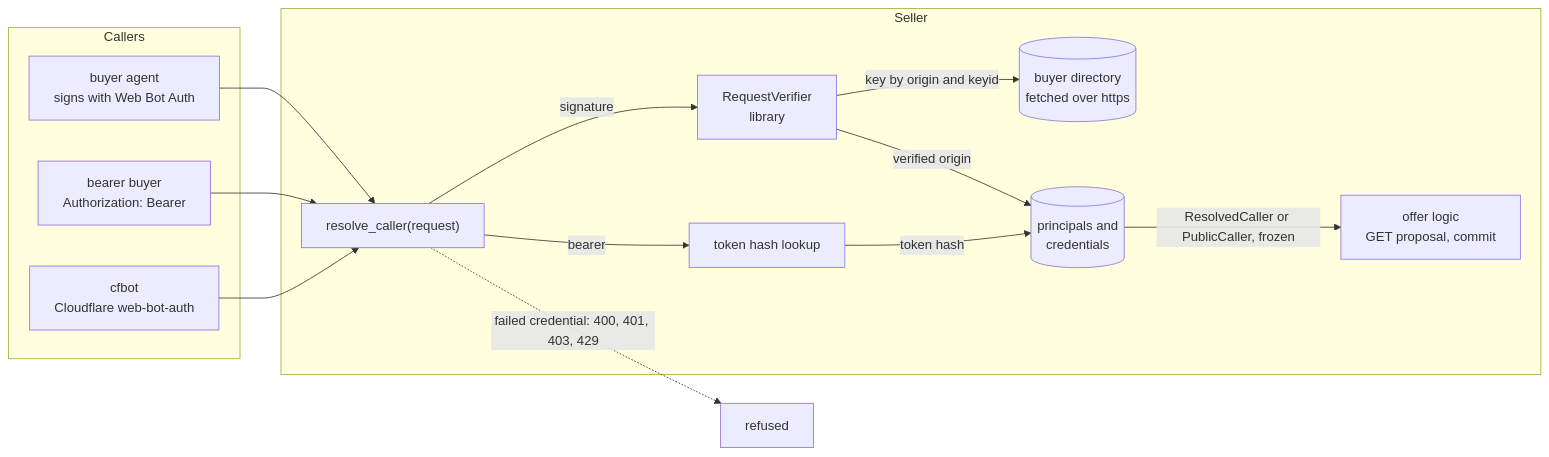
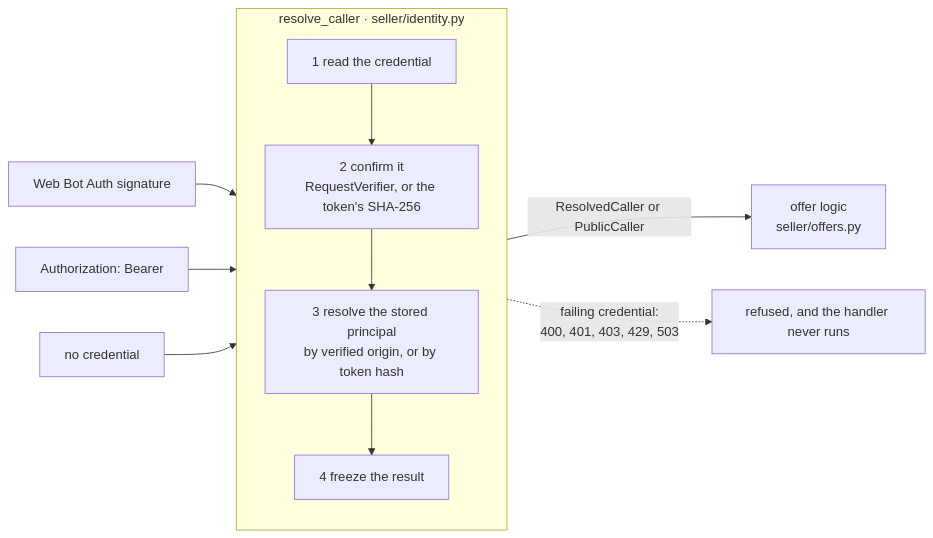
One commit to KonstantinMirin/openproposal-web-bot-auth changed the second of 7 diagrams in README.md. Above: the diagram before and after it, drawn with Mermaid. The commit also changed other lines of this file, not shown here.

First line of the commit message:
Rewrite the README around why, the identity boundary, interop, and one SDK on both sides

````diff
--- a/README.md
+++ b/README.md
@@ -33,26 +56,14 @@
 ```mermaid
 flowchart LR
-    subgraph callers[Callers]
-        B[buyer agent<br/>signs with Web Bot Auth]
-        T[bearer buyer<br/>Authorization: Bearer]
-        C[cfbot<br/>Cloudflare web-bot-auth]
+    W[Web Bot Auth signature] --> R
+    T[Authorization: Bearer] --> R
+    N[no credential] --> R
+    subgraph R["resolve_caller · seller/identity.py"]
+        direction TB
+        R1[1 read the credential] --> R2[2 confirm it<br/>RequestVerifier, or the token's SHA-256]
+        R2 --> R3[3 resolve the stored principal<br/>by verified origin, or by token hash]
+        R3 --> R4[4 freeze the result]
     end
-    subgraph seller[Seller]
-        R["resolve_caller(request)"]
-        V[RequestVerifier<br/>library]
-        D[(buyer directory<br/>fetched over https)]
-        H[token hash lookup]
-        S[(principals and<br/>credentials)]
-        L[offer logic<br/>GET proposal, commit]
-    end
-    B --> R
-    T --> R
-    C --> R
-    R -- signature --> V
-    V -- key by origin and keyid --> D
-    R -- bearer --> H
-    V -- verified origin --> S
-    H -- token hash --> S
-    S -- ResolvedCaller or PublicCaller, frozen --> L
-    R -. failed credential: 400, 401, 403, 429 .-> X[refused]
+    R4 -- "ResolvedCaller or PublicCaller" --> L[offer logic<br/>seller/offers.py]
+    R2 -. "failing credential:<br/>400, 401, 403, 429, 503" .-> X["refused, and the handler never runs"]
 ```
````
